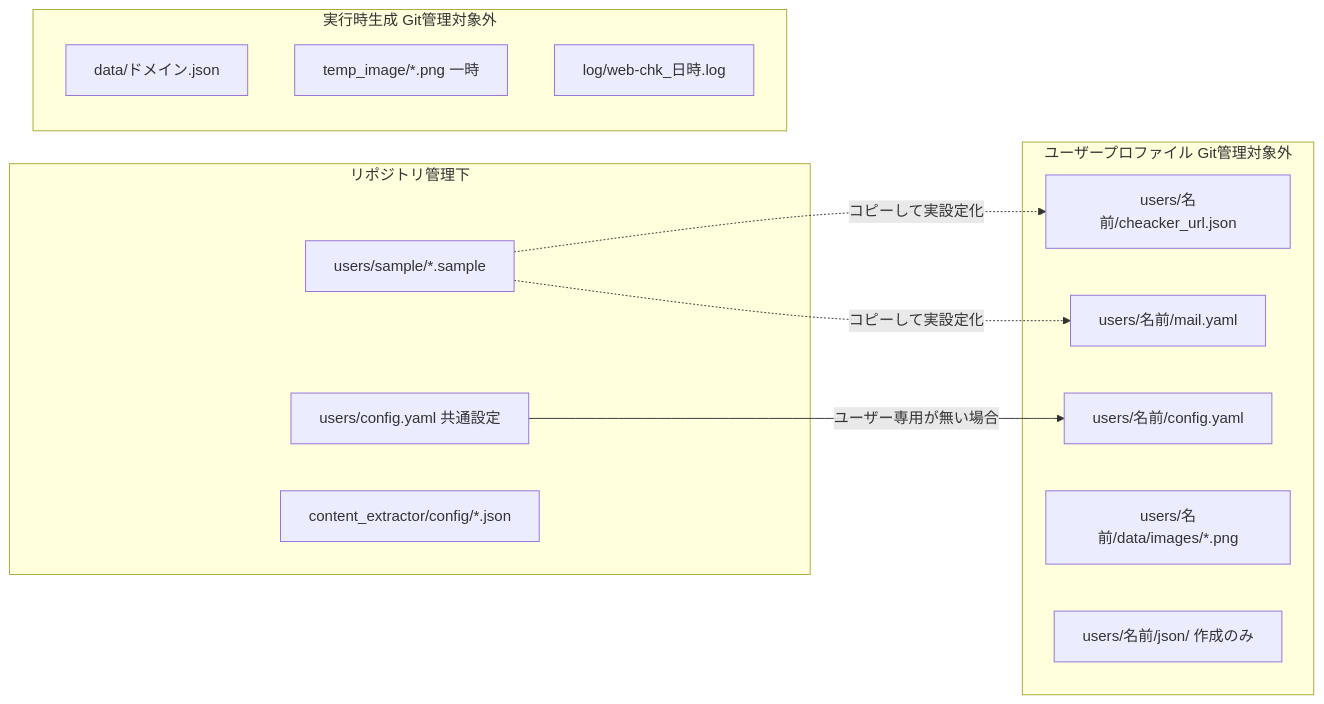
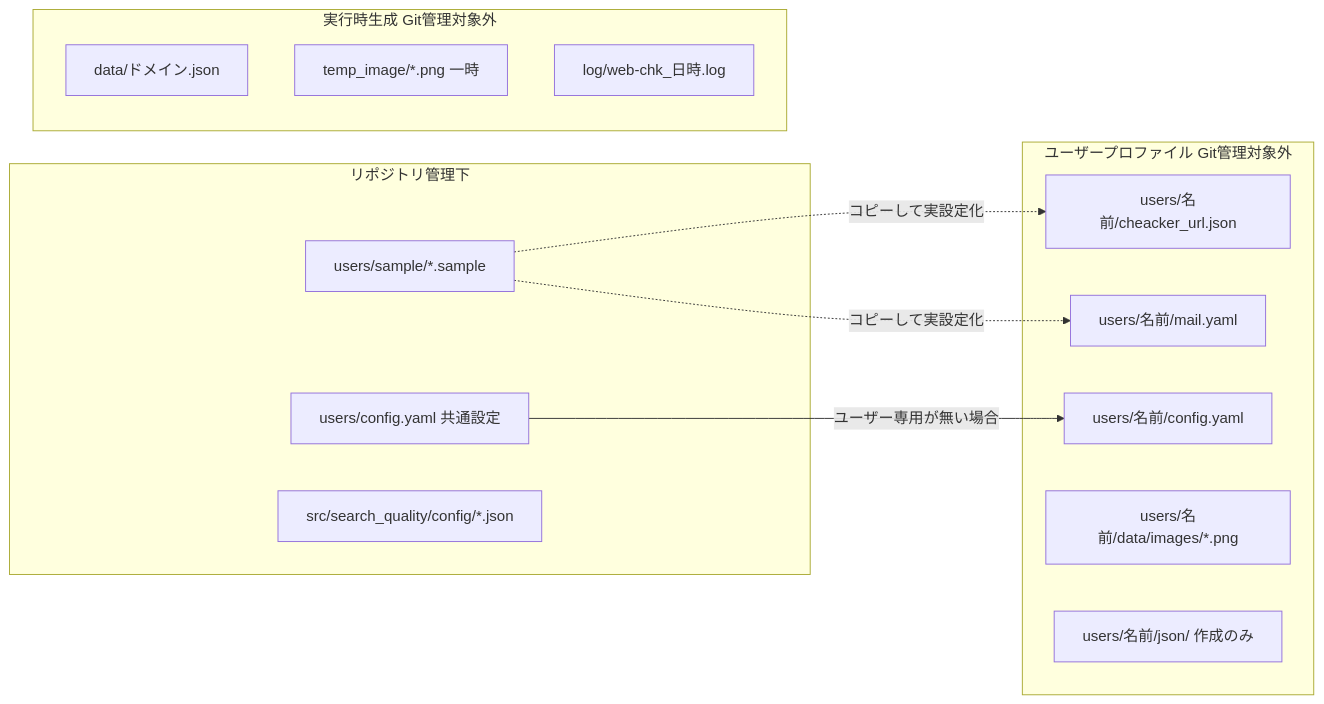
The diagram in docs/design/WCM-DS-001_データ構造仕様書.md (xzyozi/web_cheacker_mainditect), drawn with Mermaid before and after one commit. The commit also changed other lines of this file and 2 other files, not shown here.

````diff
--- a/docs/design/WCM-DS-001_データ構造仕様書.md
+++ b/docs/design/WCM-DS-001_データ構造仕様書.md
@@ -38,26 +38,26 @@
 ```mermaid
 flowchart LR
     subgraph Repo [リポジトリ管理下]
         Sample[users/sample/*.sample]
         Common[users/config.yaml 共通設定]
-        QConf[content_extractor/config/*.json]
+        QConf[src/search_quality/config/*.json]
     end
 
     subgraph Profile [ユーザープロファイル Git管理対象外]
         Url[users/名前/cheacker_url.json]
         Mail[users/名前/mail.yaml]
         UConf[users/名前/config.yaml]
         Imgs[users/名前/data/images/*.png]
         Json[users/名前/json/ 作成のみ]
     end
 
     subgraph Runtime [実行時生成 Git管理対象外]
         Dom[data/ドメイン.json]
         Temp[temp_image/*.png 一時]
         Log[log/web-chk_日時.log]
     end
 
     Sample -.->|コピーして実設定化| Url
     Sample -.->|コピーして実設定化| Mail
     Common -->|ユーザー専用が無い場合| UConf
 ```
````
